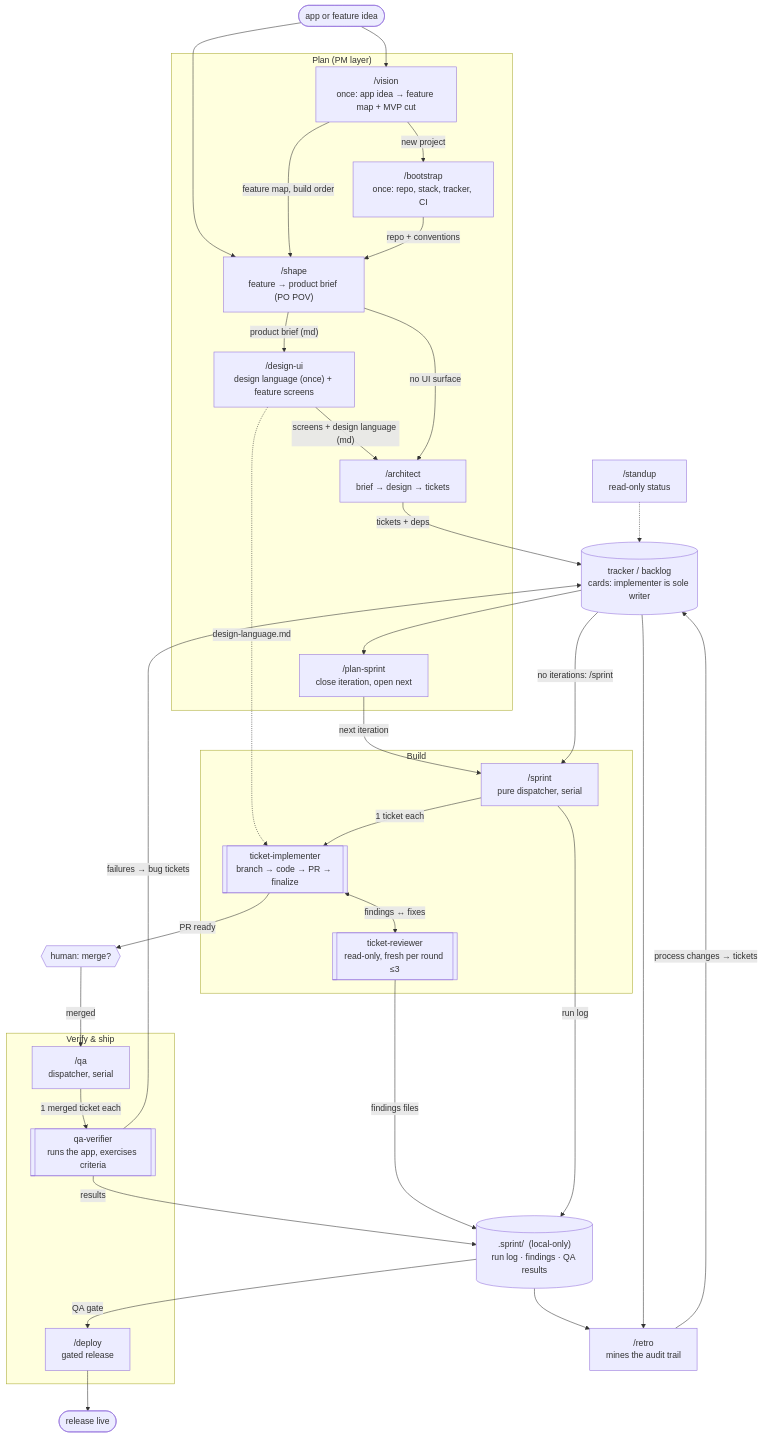
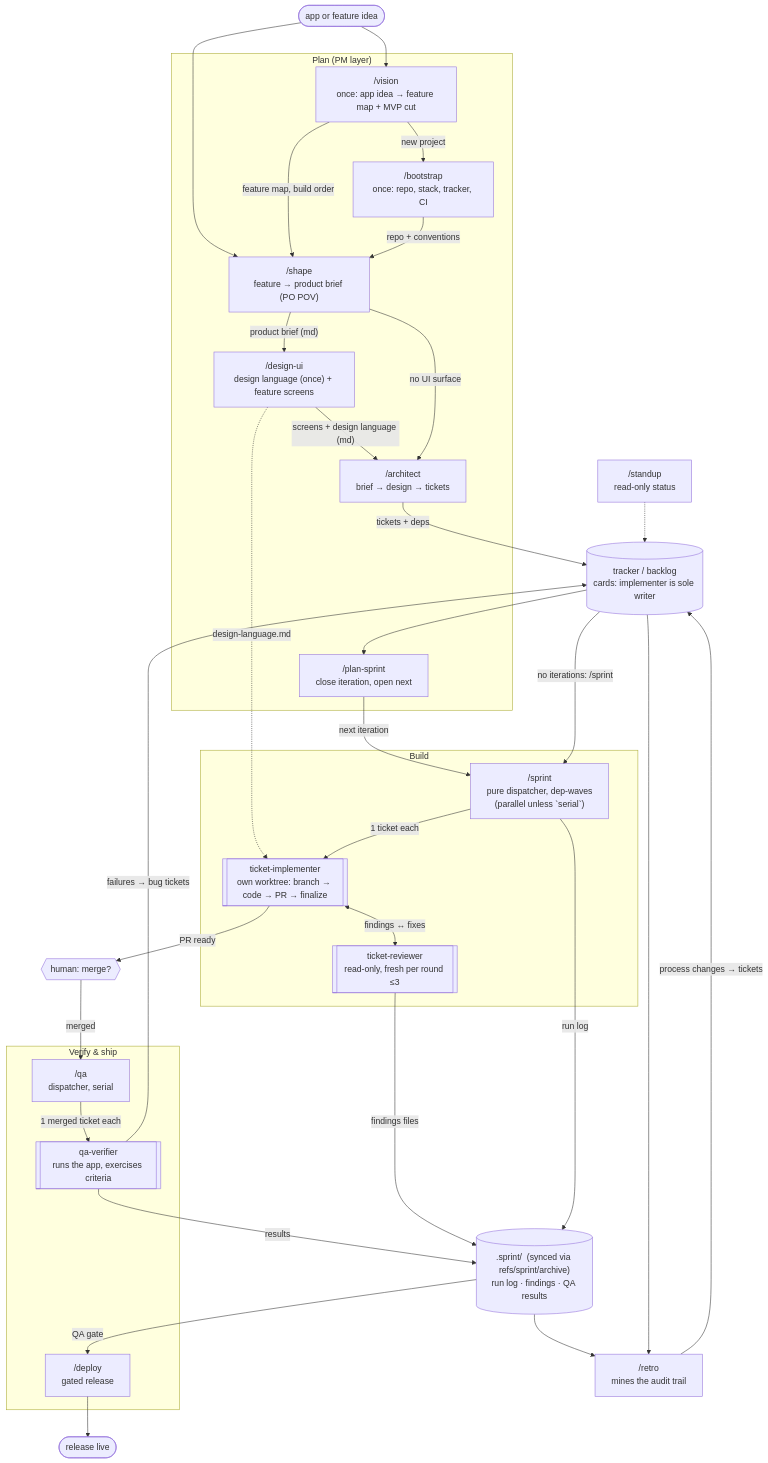
The diagram in README.md (kyimoemin/skills), drawn with Mermaid before and after one commit. The commit also changed other lines of this file and 5 other files, not shown here.

First line of the commit message:
Parallel sprint waves, .sprint archive ref sync, retro suite suggestions

````diff
--- a/README.md
+++ b/README.md
@@ -15,58 +15,58 @@
 ```mermaid
 flowchart TB
     subgraph pm ["Plan (PM layer)"]
         vision["/vision\nonce: app idea → feature map + MVP cut"]
         shape["/shape\nfeature → product brief (PO POV)"]
         designui["/design-ui\ndesign language (once) + feature screens"]
         bootstrap["/bootstrap\nonce: repo, stack, tracker, CI"]
         architect["/architect\nbrief → design → tickets"]
         plansprint["/plan-sprint\nclose iteration, open next"]
     end
 
     subgraph build ["Build"]
-        sprint["/sprint\npure dispatcher, serial"]
-        impl[["ticket-implementer\nbranch → code → PR → finalize"]]
+        sprint["/sprint\npure dispatcher, dep-waves\n(parallel unless `serial`)"]
+        impl[["ticket-implementer\nown worktree: branch → code → PR → finalize"]]
         reviewer[["ticket-reviewer\nread-only, fresh per round ≤3"]]
     end
 
     subgraph ship ["Verify & ship"]
         qa["/qa\ndispatcher, serial"]
         qav[["qa-verifier\nruns the app, exercises criteria"]]
         deploy["/deploy\ngated release"]
     end
 
     retro["/retro\nmines the audit trail"]
     standup["/standup\nread-only status"]
 
     tracker[("tracker / backlog\ncards: implementer is sole writer")]
-    dotsprint[(".sprint/  (local-only)\nrun log · findings · QA results")]
+    dotsprint[(".sprint/  (synced via refs/sprint/archive)\nrun log · findings · QA results")]
 
     idea([app or feature idea]) --> vision
     idea --> shape
     vision -- "feature map, build order" --> shape
     vision -- "new project" --> bootstrap
     bootstrap -- "repo + conventions" --> shape
     shape -- "product brief (md)" --> designui
     designui -- "screens + design language (md)" --> architect
     shape -- "no UI surface" --> architect
     designui -. "design-language.md" .-> impl
     architect -- "tickets + deps" --> tracker
     tracker --> plansprint
     plansprint -- "next iteration" --> sprint
     tracker -- "no iterations: /sprint <ids>" --> sprint
     sprint -- "1 ticket each" --> impl
     impl <-- "findings ↔ fixes" --> reviewer
     reviewer -- "findings files" --> dotsprint
     sprint -- "run log" --> dotsprint
     impl -- "PR ready" --> merge{{"human: merge?"}}
     merge -- "merged" --> qa
     qa -- "1 merged ticket each" --> qav
     qav -- "results" --> dotsprint
     qav -- "failures → bug tickets" --> tracker
     dotsprint -- "QA gate" --> deploy
     deploy --> live([release live])
     dotsprint --> retro
     tracker --> retro
     retro -- "process changes → tickets" --> tracker
     standup -.-> tracker
 ```
````
